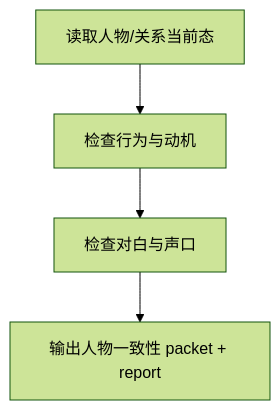
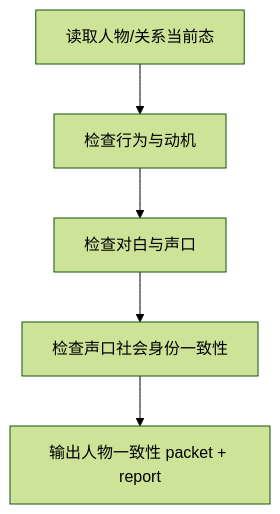
One commit to ZEN-VOID/AI-CUT changed the diagram in .agents/skills/story/review/人物一致性/SKILL.md. Above: the diagram before and after it, drawn with Mermaid (forest theme). The commit also changed other lines of this file and 1070 other files, not shown here.

````diff
--- a/.agents/skills/story/review/人物一致性/SKILL.md
+++ b/.agents/skills/story/review/人物一致性/SKILL.md
@@ -90,6 +91,7 @@
 ```mermaid
 flowchart TD
     A["读取人物/关系当前态"] --> B["检查行为与动机"]
     B --> C["检查对白与声口"]
-    C --> D["输出人物一致性 packet + report"]
+    C --> D["检查声口社会身份一致性"]
+    D --> E["输出人物一致性 packet + report"]
 ```
````
